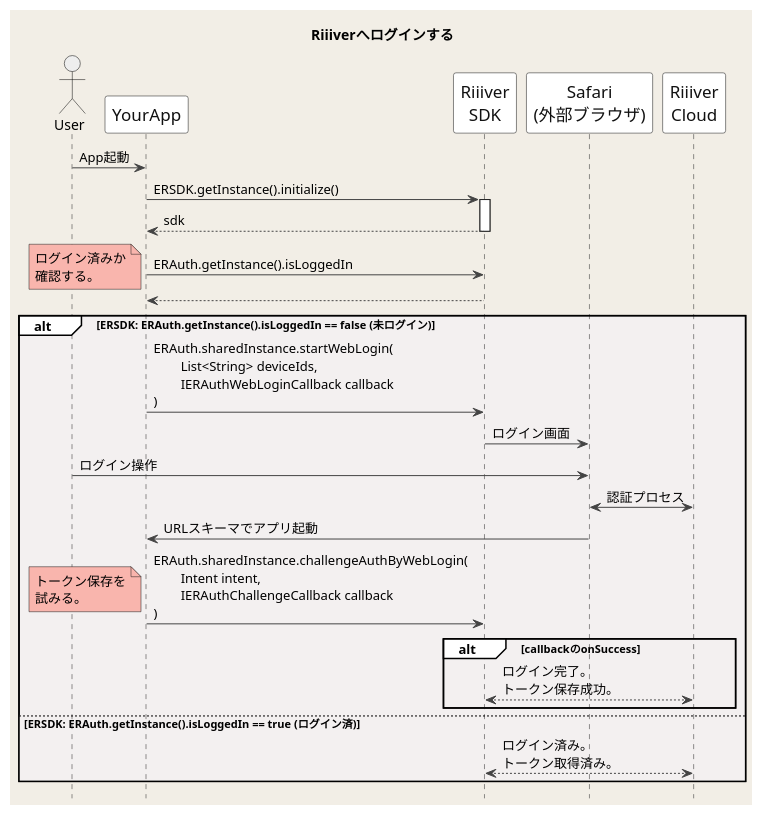
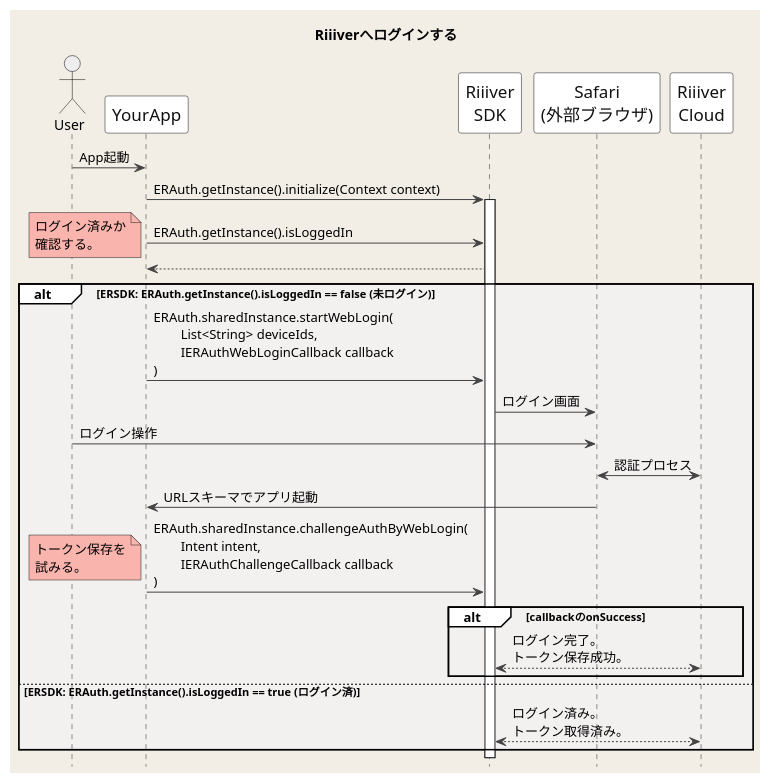
One commit to CitizenWatch/RiiiverResources changed the diagram in images/Android/ja/Sequences/login.pu. Above: the diagram before and after it, drawn with PlantUML. The commit also changed 3 other files, not shown here.

Commit message:
シーケンス図の誤りを修正

```diff
--- a/images/Android/ja/Sequences/login.pu
+++ b/images/Android/ja/Sequences/login.pu
@@ -1,68 +1,66 @@
 @startuml
 title Riiiverへログインする
 hide footbox
 
 skinparam DefaultFontName "Noto Sans JP, Helvetica, Arial, Liberation Sans"
 skinparam BackgroundColor #F2EEE6
 skinparam Shadowing false
 skinparam NoteBackgroundColor #F9B5AD
 skinparam NodeBorderColor #F26767
 
 skinparam sequence {
 ArrowColor #444444
 ActorBorderColor Black
 LifeLineBorderColor #222222
 LifeLineBackgroundColor White
 BoxBorderColor #FFFFFF
 BoxBackgroundColor #F2fEf6
 GroupBackgroundColor #FFFFFF
 GroupBodyBackgroundColor #F3F0F0
 
 ParticipantBorderColor #111111
 ParticipantBackgroundColor White
 ParticipantFontSize 17
 ParticipantFontColor #111111
 BoundaryBorderColor Gray
 ActorBackgroundColor #eeeeee
 ActorFontColor Black
 
 }
 
 actor User
 participant YourApp as App
 participant "Riiiver\nSDK" as ERSDK
 participant "Safari\n(外部ブラウザ)" as Safari
 participant "Riiiver\nCloud" as Riiiver
 
 User -> App: App起動
 
-App -> ERSDK: ERSDK.getInstance().initialize()
+App -> ERSDK: ERAuth.getInstance().initialize(Context context)
 activate ERSDK
-App <-- ERSDK: sdk
-deactivate ERSDK
 
 App -> ERSDK: ERAuth.getInstance().isLoggedIn
 note left: ログイン済みか\n確認する。
 ERSDK --> App: 
 
 alt ERSDK: ERAuth.getInstance().isLoggedIn == false (未ログイン)
     App -> ERSDK: ERAuth.sharedInstance.startWebLogin(\n\tList<String> deviceIds,\n\tIERAuthWebLoginCallback callback\n)
     ERSDK -> Safari: ログイン画面
     User -> Safari: ログイン操作
     Safari <-> Riiiver: 認証プロセス
     Safari -> App: URLスキーマでアプリ起動
     App -> ERSDK: ERAuth.sharedInstance.challengeAuthByWebLogin(\n\tIntent intent,\n\tIERAuthChallengeCallback callback\n)
     note left: トークン保存を\n試みる。
     alt callbackのonSuccess
         ERSDK <---> Riiiver: ログイン完了。\nトークン保存成功。 
     end
     
 else ERSDK: ERAuth.getInstance().isLoggedIn == true (ログイン済)
     ERSDK <---> Riiiver: ログイン済み。\nトークン取得済み。
 end
 
 
 
 
 
 @enduml
```
